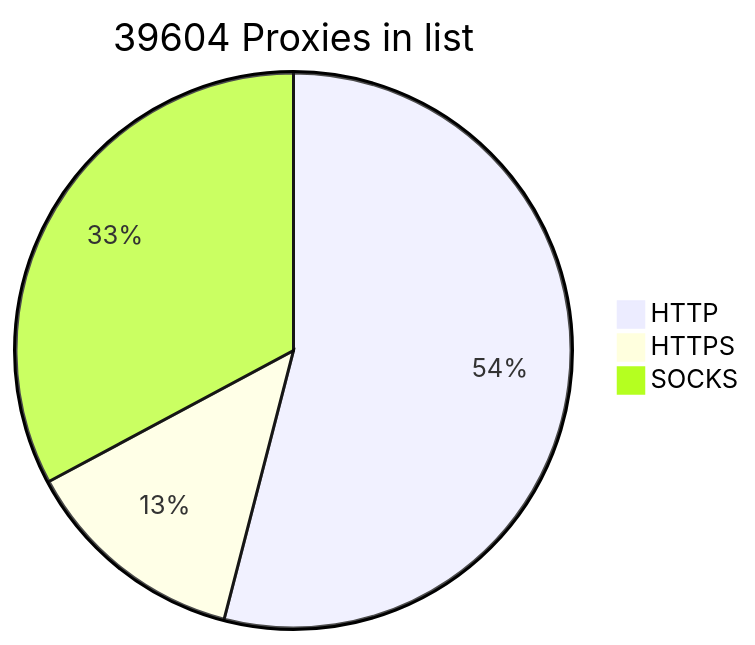
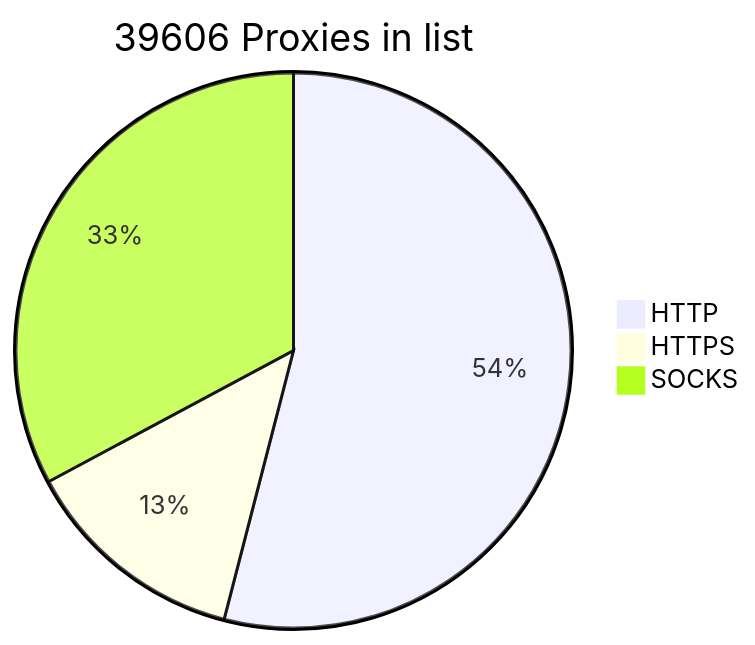
The diagram in README.md (BlackSnowDot/proxylist-update-every-minute), drawn with Mermaid before and after one commit.

````diff
--- a/README.md
+++ b/README.md
@@ -2,6 +2,6 @@
 ```mermaid
-pie title 39604 Proxies in list
+pie title 39606 Proxies in list
     "HTTP" : 23720
-    "HTTPS": 5774
+    "HTTPS": 5777
     "SOCKS" : 14414
 ```
````
